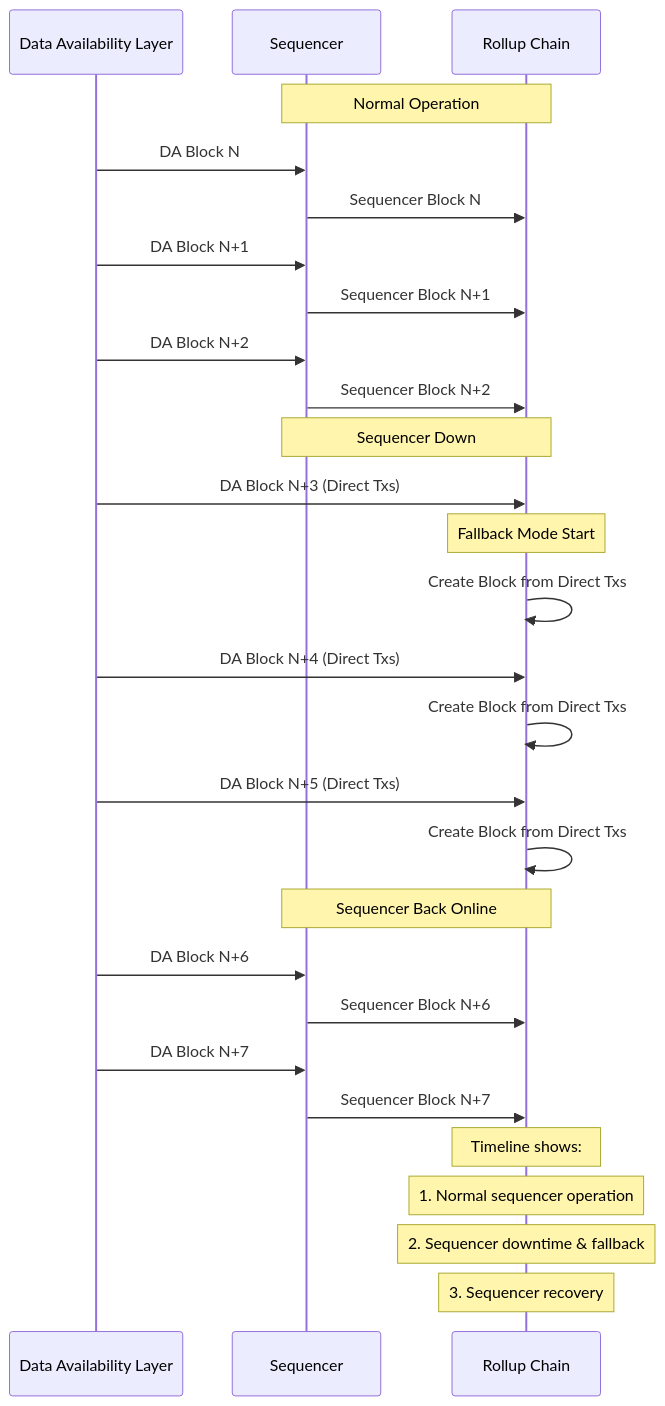
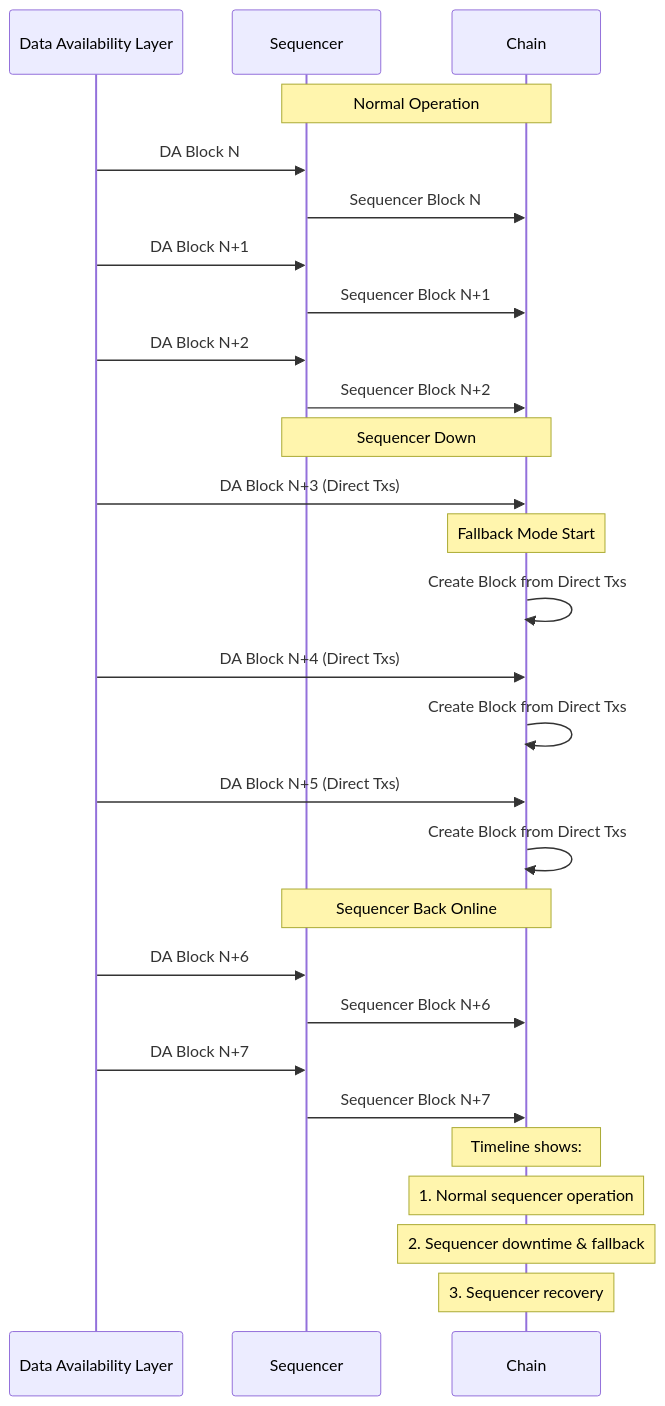
One commit to rollkit/rollkit changed the second of 2 diagrams in specs/lazy-adr/adr-019-forced-inclusion-mechanism.md. Above: the diagram before and after it, drawn with Mermaid. The commit also changed other lines of this file and 27 other files, not shown here.

````diff
--- a/specs/lazy-adr/adr-019-forced-inclusion-mechanism.md
+++ b/specs/lazy-adr/adr-019-forced-inclusion-mechanism.md
@@ -303,34 +303,34 @@
 ```mermaid
 sequenceDiagram
     participant DA as Data Availability Layer
     participant S as Sequencer
-    participant R as Rollup Chain
+    participant R as Chain
 
     Note over S,R: Normal Operation
     DA->>S: DA Block N
     S->>R: Sequencer Block N
     DA->>S: DA Block N+1
     S->>R: Sequencer Block N+1
     DA->>S: DA Block N+2
     S->>R: Sequencer Block N+2
 
     Note over S,R: Sequencer Down
     DA->>R: DA Block N+3 (Direct Txs)
     Note over R: Fallback Mode Start
     R->>R: Create Block from Direct Txs
     DA->>R: DA Block N+4 (Direct Txs)
     R->>R: Create Block from Direct Txs
     DA->>R: DA Block N+5 (Direct Txs)
     R->>R: Create Block from Direct Txs
 
     Note over S,R: Sequencer Back Online
     DA->>S: DA Block N+6
     S->>R: Sequencer Block N+6
     DA->>S: DA Block N+7
     S->>R: Sequencer Block N+7
 
     Note over R: Timeline shows:
     Note over R: 1. Normal sequencer operation
     Note over R: 2. Sequencer downtime & fallback
     Note over R: 3. Sequencer recovery
 ```
````
